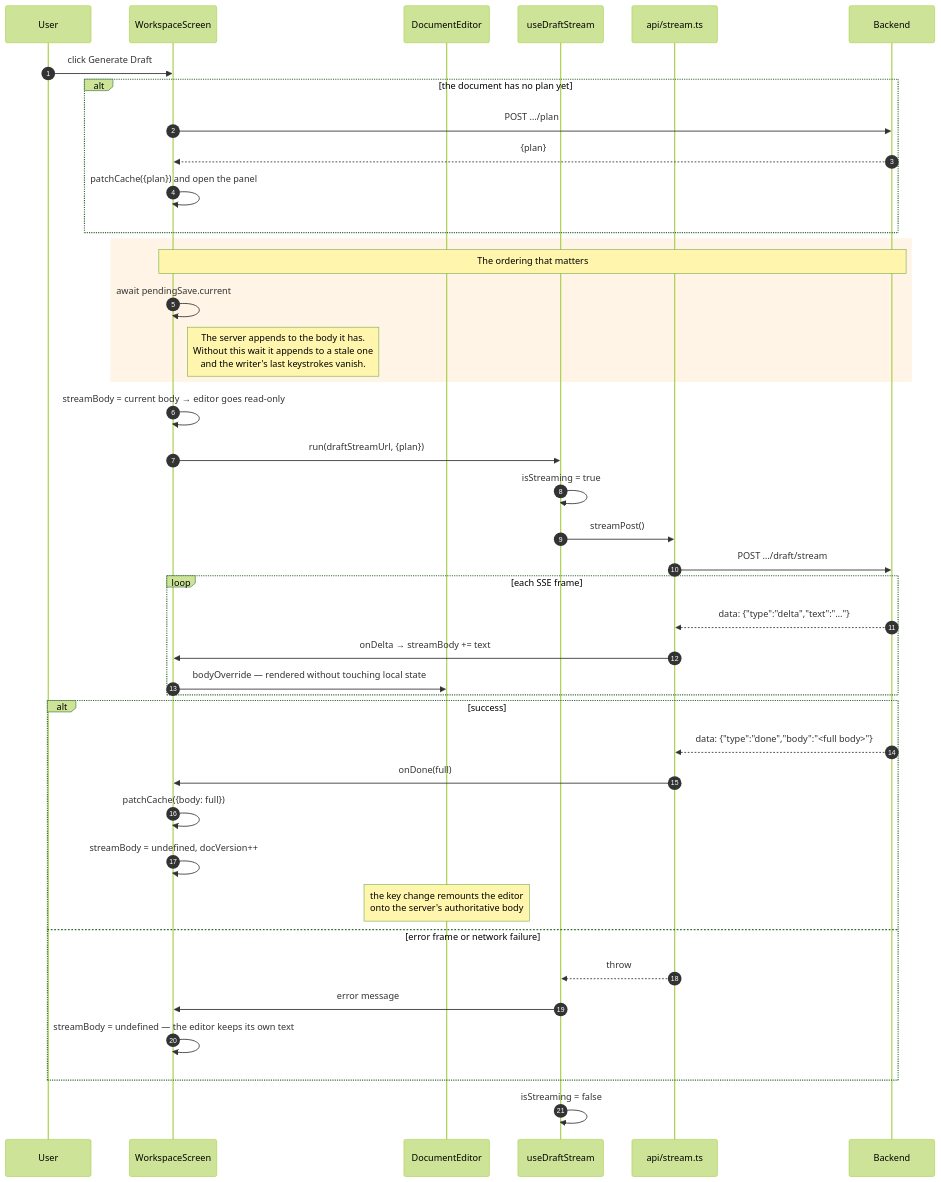
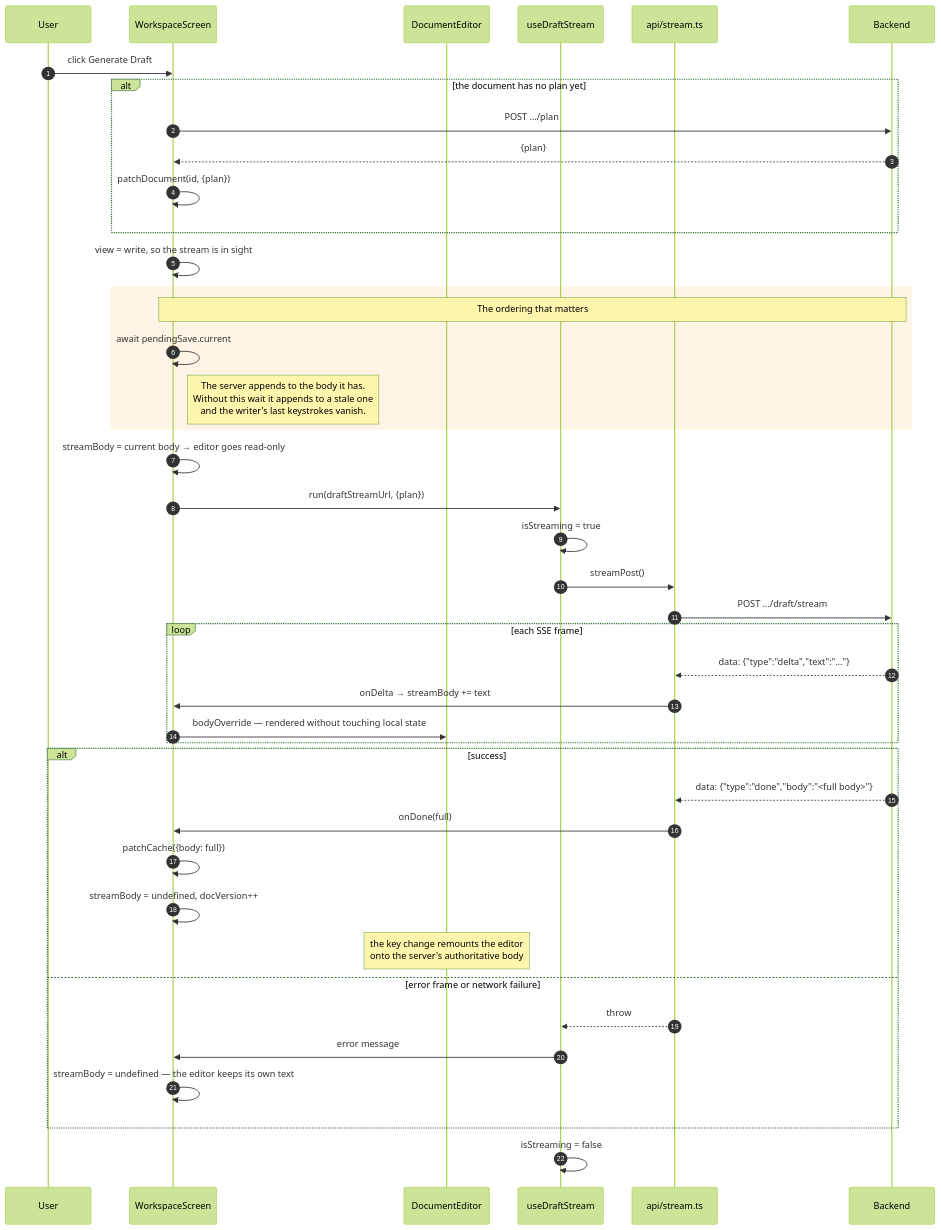
The fourth of 5 diagrams in docs/diagrams/05-frontend-flows.md (Akazz-L/maya), drawn with Mermaid (forest theme) before and after one commit. The commit also changed other lines of this file and 13 other files, not shown here.

First line of the commit message:
feat: replace the plan panel with Write / Plan / Issues chapter views

````diff
--- a/docs/diagrams/05-frontend-flows.md
+++ b/docs/diagrams/05-frontend-flows.md
@@ -113,48 +113,49 @@
 ```mermaid
 sequenceDiagram
     autonumber
     participant U as User
     participant WS as WorkspaceScreen
     participant ED as DocumentEditor
     participant DS as useDraftStream
     participant ST as api/stream.ts
     participant BE as Backend
 
     U->>WS: click Generate Draft
     alt the document has no plan yet
         WS->>BE: POST …/plan
         BE-->>WS: {plan}
-        WS->>WS: patchCache({plan}) and open the panel
+        WS->>WS: patchDocument(id, {plan})
     end
+    WS->>WS: view = write, so the stream is in sight
 
     rect rgb(255, 244, 229)
         Note over WS,BE: The ordering that matters
         WS->>WS: await pendingSave.current
         Note right of WS: The server appends to the body it has.<br/>Without this wait it appends to a stale one<br/>and the writer's last keystrokes vanish.
     end
 
     WS->>WS: streamBody = current body → editor goes read-only
     WS->>DS: run(draftStreamUrl, {plan})
     DS->>DS: isStreaming = true
     DS->>ST: streamPost()
     ST->>BE: POST …/draft/stream
 
     loop each SSE frame
         BE-->>ST: data: {"type":"delta","text":"…"}
         ST->>WS: onDelta → streamBody += text
         WS->>ED: bodyOverride — rendered without touching local state
     end
 
     alt success
         BE-->>ST: data: {"type":"done","body":"<full body>"}
         ST->>WS: onDone(full)
         WS->>WS: patchCache({body: full})
         WS->>WS: streamBody = undefined, docVersion++
         Note over ED: the key change remounts the editor<br/>onto the server's authoritative body
     else error frame or network failure
         ST-->>DS: throw
         DS->>WS: error message
         WS->>WS: streamBody = undefined — the editor keeps its own text
     end
     DS->>DS: isStreaming = false
 ```
````
